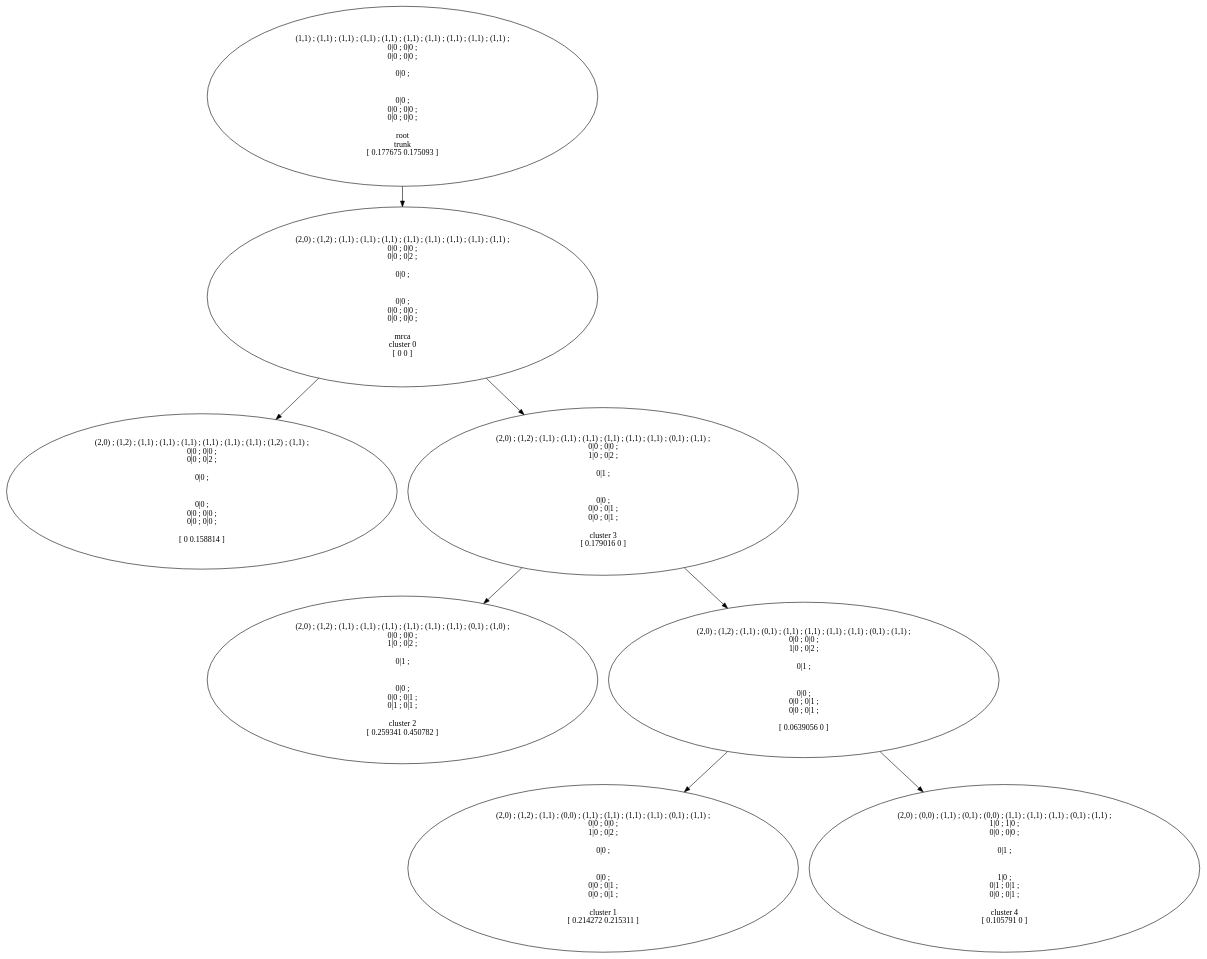
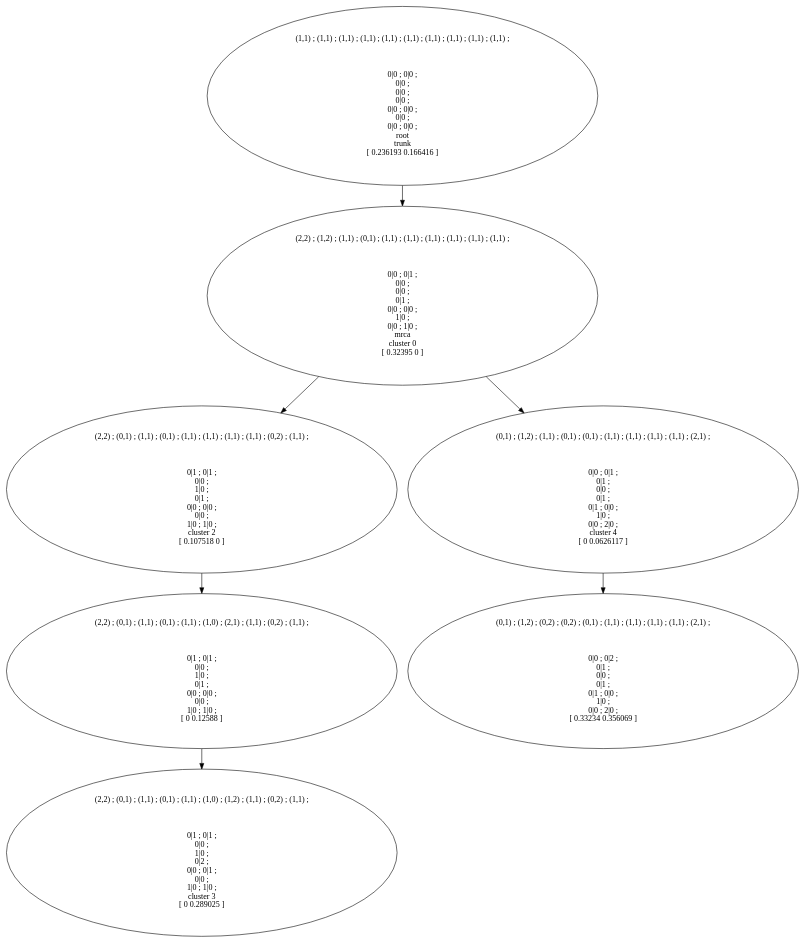
One commit to nicoledd/PACTIONproject changed the diagram in data/k10_n10_s1/T.dot. Above: the diagram before and after it, drawn with Graphviz. The commit also changed 5329 other files, not shown here.

```diff
--- a/data/k10_n10_s1/T.dot
+++ b/data/k10_n10_s1/T.dot
@@ -1,17 +1,15 @@
 digraph T {
-	17 [label="(2,0) ; (1,2) ; (1,1) ; (1,1) ; (1,1) ; (1,1) ; (1,1) ; (1,1) ; (1,2) ; (1,1) ; \n0|0 ; 0|0 ; \n0|0 ; 0|2 ; \n\n0|0 ; \n\n\n0|0 ; \n0|0 ; 0|0 ; \n0|0 ; 0|0 ; \n\n[ 0 0.158814 ]"]
-	16 [label="(2,0) ; (1,2) ; (1,1) ; (1,1) ; (1,1) ; (1,1) ; (1,1) ; (1,1) ; (1,1) ; (1,1) ; \n0|0 ; 0|0 ; \n0|0 ; 0|2 ; \n\n0|0 ; \n\n\n0|0 ; \n0|0 ; 0|0 ; \n0|0 ; 0|0 ; \n\nmrca\ncluster 0\n[ 0 0 ]"]
-	14 [label="(2,0) ; (1,2) ; (1,1) ; (1,1) ; (1,1) ; (1,1) ; (1,1) ; (1,1) ; (0,1) ; (1,1) ; \n0|0 ; 0|0 ; \n1|0 ; 0|2 ; \n\n0|1 ; \n\n\n0|0 ; \n0|0 ; 0|1 ; \n0|0 ; 0|1 ; \n\ncluster 3\n[ 0.179016 0 ]"]
-	13 [label="(2,0) ; (1,2) ; (1,1) ; (1,1) ; (1,1) ; (1,1) ; (1,1) ; (1,1) ; (0,1) ; (1,0) ; \n0|0 ; 0|0 ; \n1|0 ; 0|2 ; \n\n0|1 ; \n\n\n0|0 ; \n0|0 ; 0|1 ; \n0|1 ; 0|1 ; \n\ncluster 2\n[ 0.259341 0.450782 ]"]
-	11 [label="(2,0) ; (1,2) ; (1,1) ; (0,1) ; (1,1) ; (1,1) ; (1,1) ; (1,1) ; (0,1) ; (1,1) ; \n0|0 ; 0|0 ; \n1|0 ; 0|2 ; \n\n0|1 ; \n\n\n0|0 ; \n0|0 ; 0|1 ; \n0|0 ; 0|1 ; \n\n[ 0.0639056 0 ]"]
-	9 [label="(2,0) ; (1,2) ; (1,1) ; (0,0) ; (1,1) ; (1,1) ; (1,1) ; (1,1) ; (0,1) ; (1,1) ; \n0|0 ; 0|0 ; \n1|0 ; 0|2 ; \n\n0|0 ; \n\n\n0|0 ; \n0|0 ; 0|1 ; \n0|0 ; 0|1 ; \n\ncluster 1\n[ 0.214272 0.215311 ]"]
-	2 [label="(2,0) ; (0,0) ; (1,1) ; (0,1) ; (0,0) ; (1,1) ; (1,1) ; (1,1) ; (0,1) ; (1,1) ; \n1|0 ; 1|0 ; \n0|0 ; 0|0 ; \n\n0|1 ; \n\n\n1|0 ; \n0|1 ; 0|1 ; \n0|0 ; 0|1 ; \n\ncluster 4\n[ 0.105791 0 ]"]
-	1 [label="(1,1) ; (1,1) ; (1,1) ; (1,1) ; (1,1) ; (1,1) ; (1,1) ; (1,1) ; (1,1) ; (1,1) ; \n0|0 ; 0|0 ; \n0|0 ; 0|0 ; \n\n0|0 ; \n\n\n0|0 ; \n0|0 ; 0|0 ; \n0|0 ; 0|0 ; \n\nroot\ntrunk\n[ 0.177675 0.175093 ]"]
-16 -> 17
-16 -> 14
-14 -> 13
-14 -> 11
-11 -> 2
-11 -> 9
-1 -> 16
+	14 [label="(2,2) ; (1,2) ; (1,1) ; (0,1) ; (1,1) ; (1,1) ; (1,1) ; (1,1) ; (1,1) ; (1,1) ; \n\n\n\n0|0 ; 0|1 ; \n0|0 ; \n0|0 ; \n0|1 ; \n0|0 ; 0|0 ; \n1|0 ; \n0|0 ; 1|0 ; \nmrca\ncluster 0\n[ 0.32395 0 ]"]
+	9 [label="(2,2) ; (0,1) ; (1,1) ; (0,1) ; (1,1) ; (1,1) ; (1,1) ; (1,1) ; (0,2) ; (1,1) ; \n\n\n\n0|1 ; 0|1 ; \n0|0 ; \n1|0 ; \n0|1 ; \n0|0 ; 0|0 ; \n0|0 ; \n1|0 ; 1|0 ; \ncluster 2\n[ 0.107518 0 ]"]
+	8 [label="(2,2) ; (0,1) ; (1,1) ; (0,1) ; (1,1) ; (1,0) ; (2,1) ; (1,1) ; (0,2) ; (1,1) ; \n\n\n\n0|1 ; 0|1 ; \n0|0 ; \n1|0 ; \n0|1 ; \n0|0 ; 0|0 ; \n0|0 ; \n1|0 ; 1|0 ; \n[ 0 0.12588 ]"]
+	7 [label="(2,2) ; (0,1) ; (1,1) ; (0,1) ; (1,1) ; (1,0) ; (1,2) ; (1,1) ; (0,2) ; (1,1) ; \n\n\n\n0|1 ; 0|1 ; \n0|0 ; \n1|0 ; \n0|2 ; \n0|0 ; 0|1 ; \n0|0 ; \n1|0 ; 1|0 ; \ncluster 3\n[ 0 0.289025 ]"]
+	5 [label="(1,1) ; (1,1) ; (1,1) ; (1,1) ; (1,1) ; (1,1) ; (1,1) ; (1,1) ; (1,1) ; (1,1) ; \n\n\n\n0|0 ; 0|0 ; \n0|0 ; \n0|0 ; \n0|0 ; \n0|0 ; 0|0 ; \n0|0 ; \n0|0 ; 0|0 ; \nroot\ntrunk\n[ 0.236193 0.166416 ]"]
+	2 [label="(0,1) ; (1,2) ; (1,1) ; (0,1) ; (0,1) ; (1,1) ; (1,1) ; (1,1) ; (1,1) ; (2,1) ; \n\n\n\n0|0 ; 0|1 ; \n0|1 ; \n0|0 ; \n0|1 ; \n0|1 ; 0|0 ; \n1|0 ; \n0|0 ; 2|0 ; \ncluster 4\n[ 0 0.0626117 ]"]
+	1 [label="(0,1) ; (1,2) ; (0,2) ; (0,2) ; (0,1) ; (1,1) ; (1,1) ; (1,1) ; (1,1) ; (2,1) ; \n\n\n\n0|0 ; 0|2 ; \n0|1 ; \n0|0 ; \n0|1 ; \n0|1 ; 0|0 ; \n1|0 ; \n0|0 ; 2|0 ; \n[ 0.33234 0.356069 ]"]
+14 -> 2
+14 -> 9
+9 -> 8
+8 -> 7
+5 -> 14
+2 -> 1
 }
```
